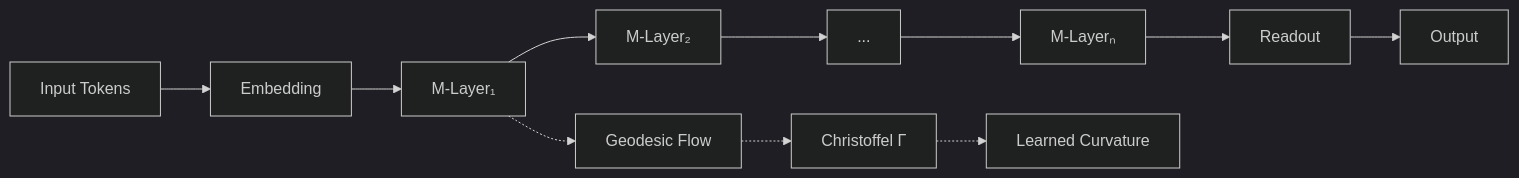
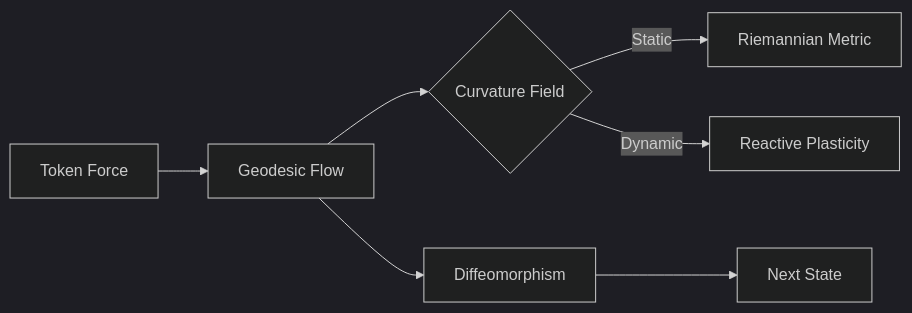
Before and after one commit to Manifold-Laboratory/manifold: the diagram in README.md, drawn with Mermaid (dark theme). The commit also changed other lines of this file and 19 other files, not shown here.

````diff
--- a/README.md
+++ b/README.md
@@ -95,14 +119,9 @@
 ```mermaid
 graph LR
-    A[Input Tokens] --> B[Embedding]
-    B --> C[M-Layer₁]
-    C --> D[M-Layer₂]
-    D --> E[...]
-    E --> F[M-Layerₙ]
-    F --> G[Readout]
-    G --> H[Output]
-    
-    C -.-> I[Geodesic Flow]
-    I -.-> J[Christoffel Γ]
-    J -.-> K[Learned Curvature]
+    A[Token Force] --> B[Geodesic Flow]
+    B --> C{Curvature Field}
+    C -->|Static| D[Riemannian Metric]
+    C -->|Dynamic| E[Reactive Plasticity]
+    B --> F[Diffeomorphism]
+    F --> G[Next State]
 ```
````
